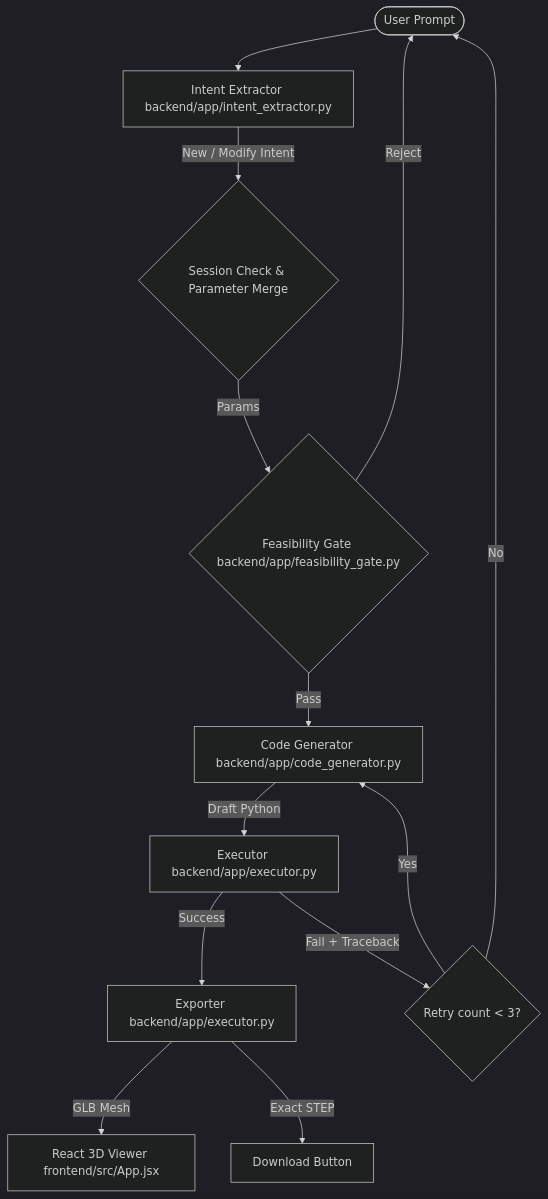
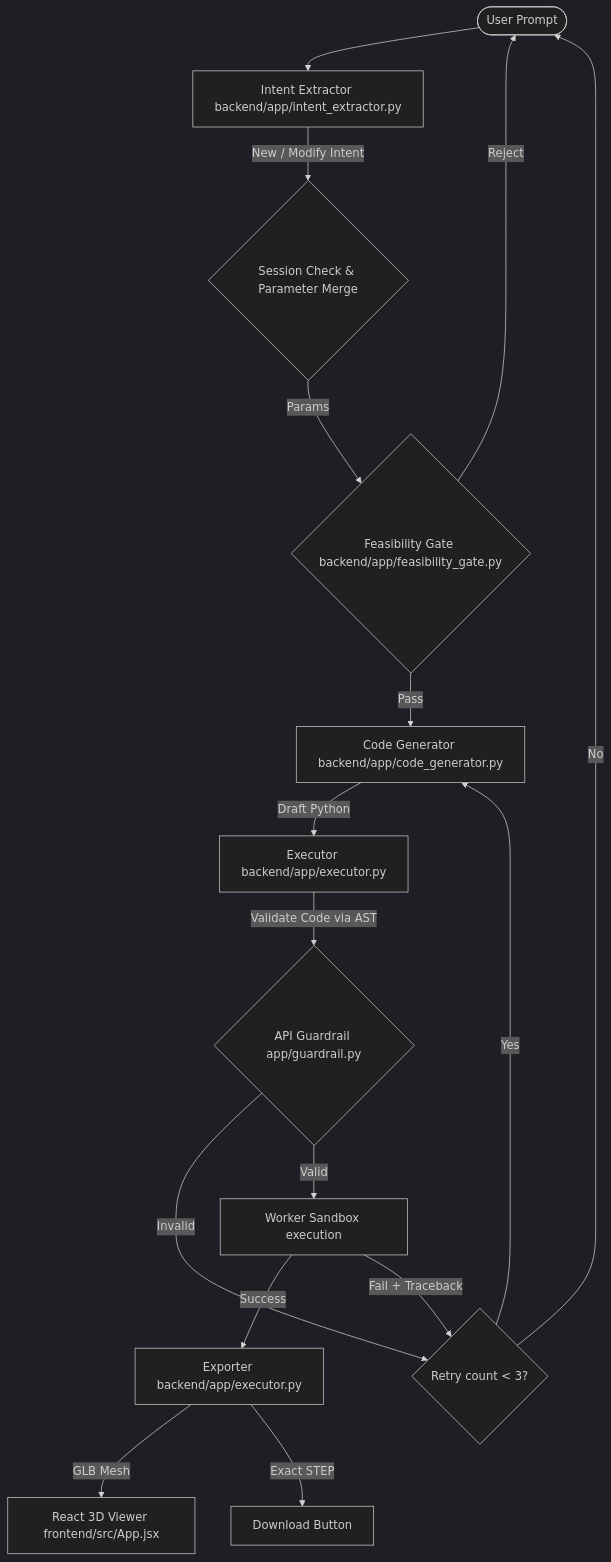
One commit to ssmadhavan006/text-to-cad changed the diagram in architecture.md. Above: the diagram before and after it, drawn with Mermaid (dark theme). The commit also changed other lines of this file, not shown here.

Commit message:
docs(architecture): add api guardrail to system data flow and document csg ir deferral

````diff
--- a/architecture.md
+++ b/architecture.md
@@ -5,15 +5,18 @@
 ```mermaid
 graph TD
     User([User Prompt]) --> Extractor[Intent Extractor backend/app/intent_extractor.py]
     Extractor -->|New / Modify Intent| SessionGate{Session Check & Parameter Merge}
     SessionGate -->|Params| Gate{Feasibility Gate backend/app/feasibility_gate.py}
     Gate -->|Reject| User
     Gate -->|Pass| Coder[Code Generator backend/app/code_generator.py]
     Coder -->|Draft Python| Exec[Executor backend/app/executor.py]
-    Exec -->|Success| Export[Exporter backend/app/executor.py]
-    Exec -->|Fail + Traceback| Retry{Retry count < 3?}
+    Exec -->|Validate Code via AST| Guard{API Guardrail app/guardrail.py}
+    Guard -->|Invalid| Retry{Retry count < 3?}
+    Guard -->|Valid| Sandbox[Worker Sandbox execution]
+    Sandbox -->|Success| Export[Exporter backend/app/executor.py]
+    Sandbox -->|Fail + Traceback| Retry
     Retry -->|Yes| Coder
     Retry -->|No| User
     Export -->|GLB Mesh| Viewer[React 3D Viewer frontend/src/App.jsx]
     Export -->|Exact STEP| Download[Download Button]
 ```
````
